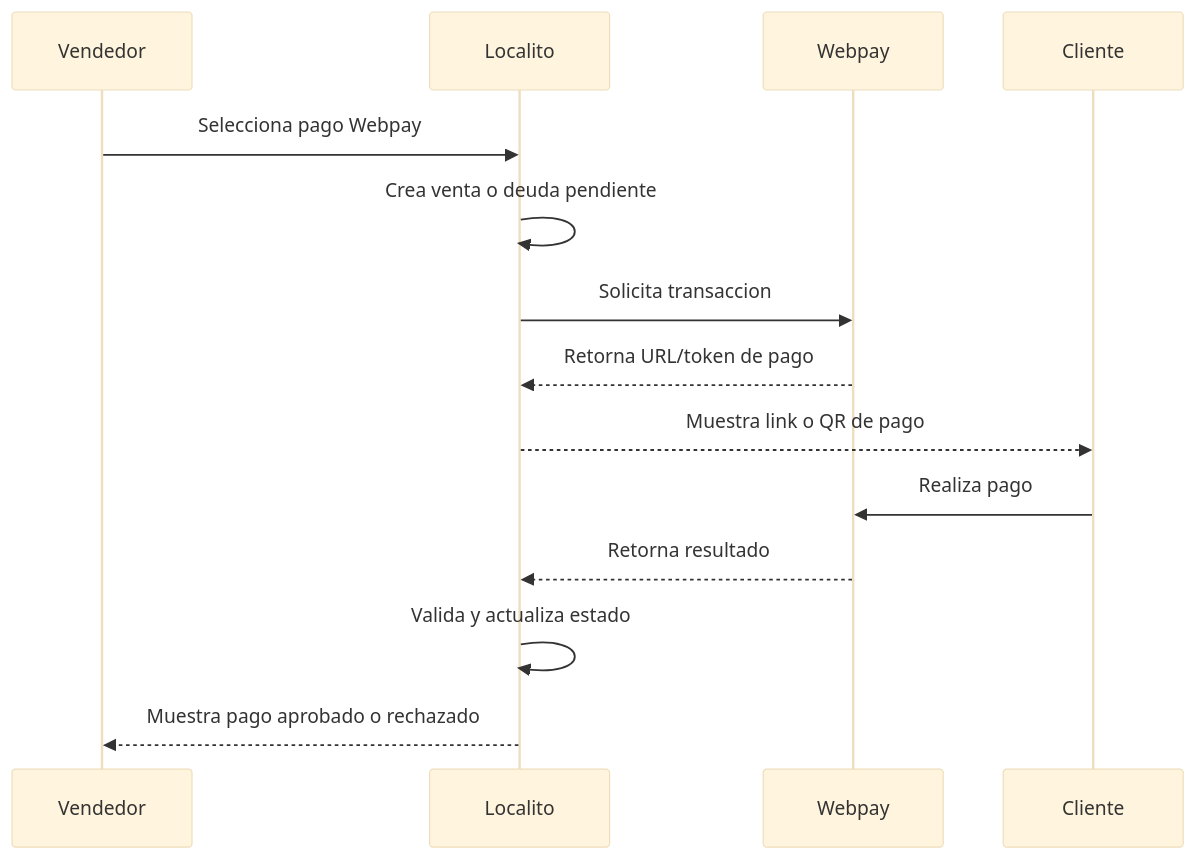
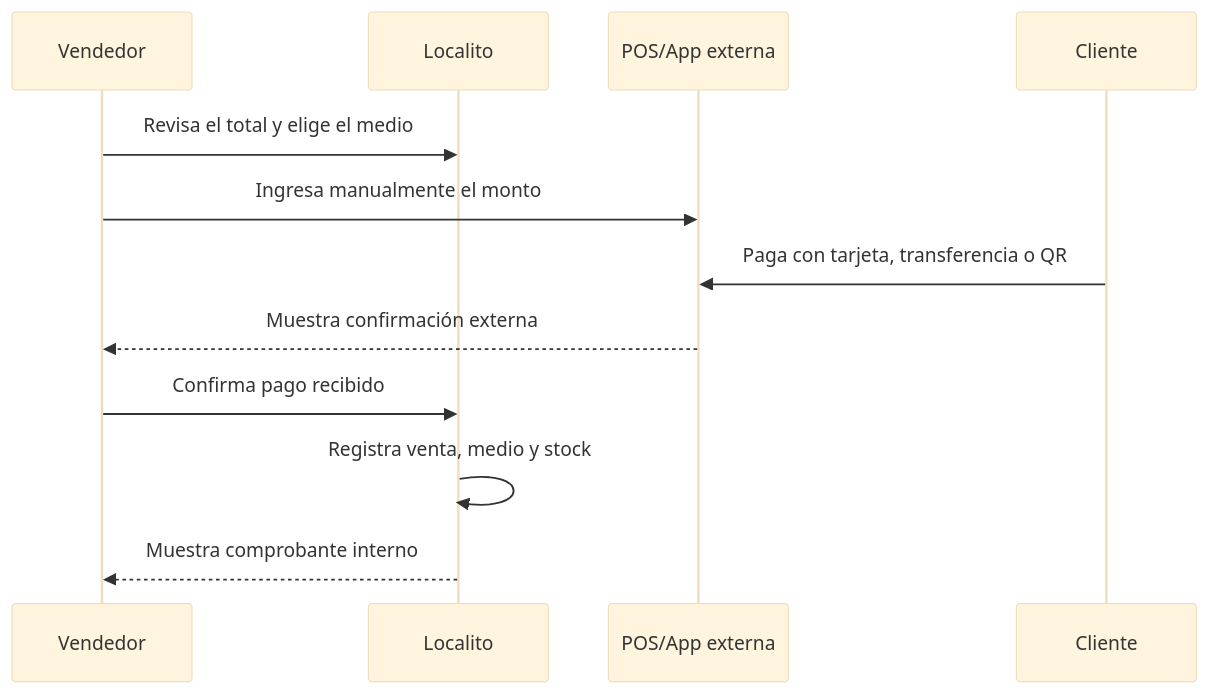
The fifth of 6 diagrams in docs/Documento-Proyecto-Localito.md (CamiloGonzalezSt/LocalitoSaaS), drawn with Mermaid (base theme) before and after one commit. The commit also changed other lines of this file and 3 other files, not shown here.

````diff
--- a/docs/Documento-Proyecto-Localito.md
+++ b/docs/Documento-Proyecto-Localito.md
@@ -886,17 +884,15 @@
 ```mermaid
 sequenceDiagram
     participant V as Vendedor
     participant L as Localito
-    participant W as Webpay
+    participant P as POS/App externa
     participant C as Cliente
 
-    V->>L: Selecciona pago Webpay
-    L->>L: Crea venta o deuda pendiente
-    L->>W: Solicita transaccion
-    W-->>L: Retorna URL/token de pago
-    L-->>C: Muestra link o QR de pago
-    C->>W: Realiza pago
-    W-->>L: Retorna resultado
-    L->>L: Valida y actualiza estado
-    L-->>V: Muestra pago aprobado o rechazado
+    V->>L: Revisa el total y elige el medio
+    V->>P: Ingresa manualmente el monto
+    C->>P: Paga con tarjeta, transferencia o QR
+    P-->>V: Muestra confirmación externa
+    V->>L: Confirma pago recibido
+    L->>L: Registra venta, medio y stock
+    L-->>V: Muestra comprobante interno
 ```
````
